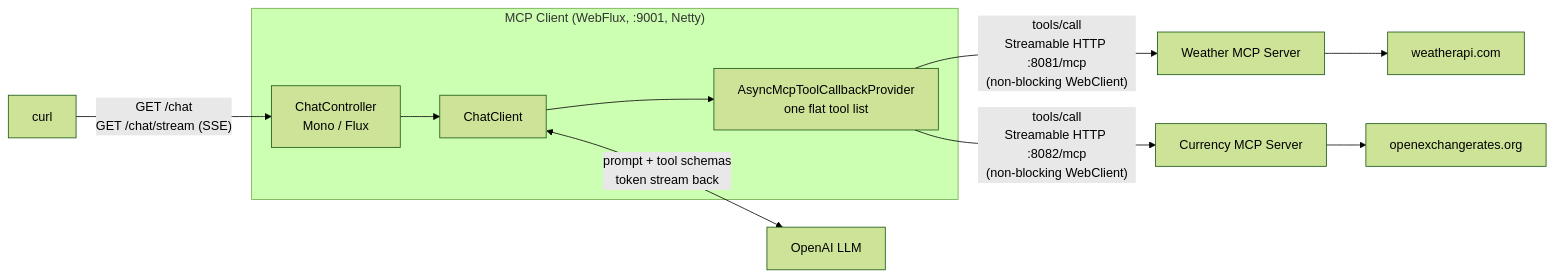
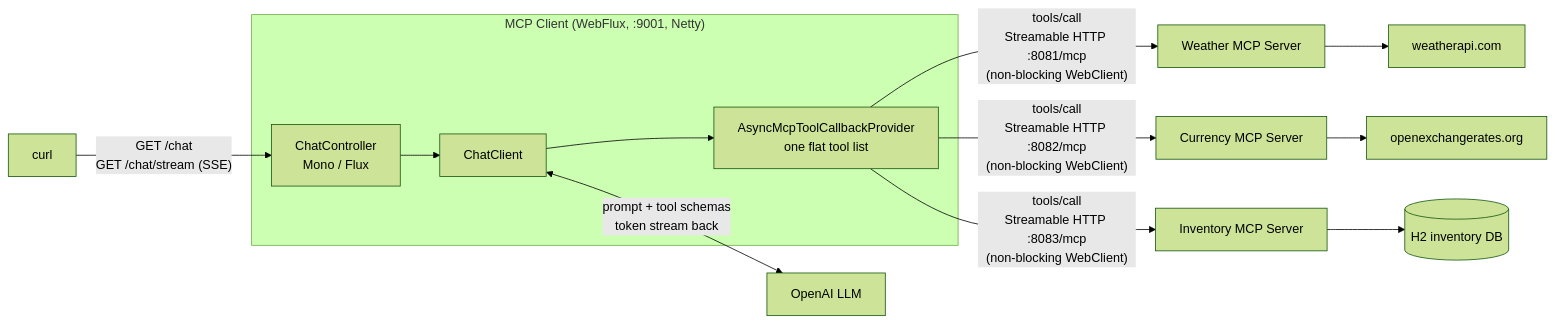
The diagram in mcp/mcp-client/webflux/README.md (dilipsundarraj1/spring-ai), drawn with Mermaid (forest theme) before and after one commit. The commit also changed other lines of this file and 32 other files, not shown here.

Commit message:
add inventory MCP server with CRUD operations; implement inventory item management, exceptions, and integrate with MCP tools

````diff
--- a/mcp/mcp-client/webflux/README.md
+++ b/mcp/mcp-client/webflux/README.md
@@ -57,17 +60,19 @@
 ```mermaid
 flowchart LR
     U["curl"] -- "GET /chat<br/>GET /chat/stream (SSE)" --> CC
 
     subgraph APP["MCP Client (WebFlux, :9001, Netty)"]
         CC["ChatController<br/>Mono / Flux"] --> CH["ChatClient"]
         CH --> TP["AsyncMcpToolCallbackProvider<br/>one flat tool list"]
     end
 
     CH <-- "prompt + tool schemas<br/>token stream back" --> LLM["OpenAI LLM"]
 
     TP -- "tools/call<br/>Streamable HTTP :8081/mcp<br/>(non-blocking WebClient)" --> WS["Weather MCP Server"]
     TP -- "tools/call<br/>Streamable HTTP :8082/mcp<br/>(non-blocking WebClient)" --> XS["Currency MCP Server"]
+    TP -- "tools/call<br/>Streamable HTTP :8083/mcp<br/>(non-blocking WebClient)" --> IS["Inventory MCP Server"]
 
     WS --> WA["weatherapi.com"]
     XS --> OX["openexchangerates.org"]
+    IS --> DB[("H2 inventory DB")]
 ```
````
